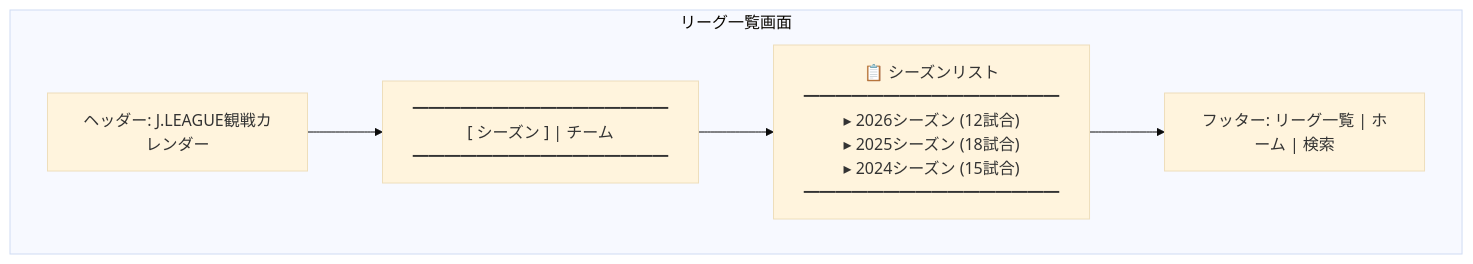
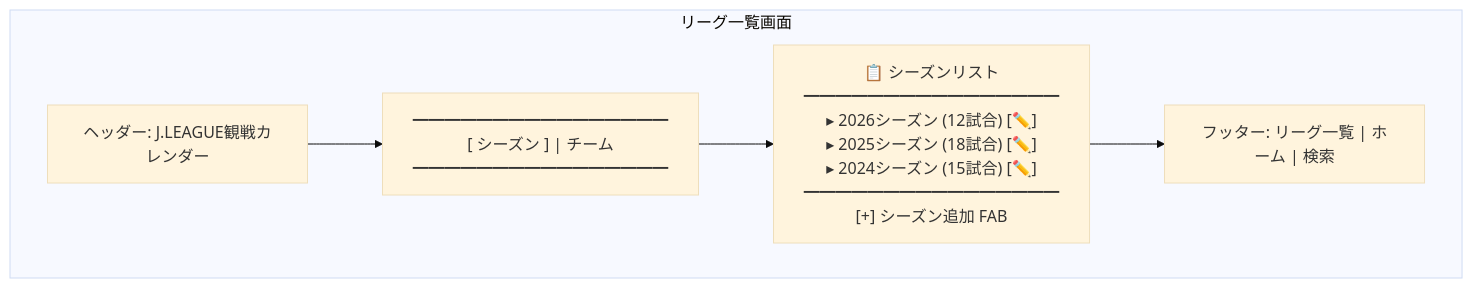
Before and after one commit to sion1073/jleague_watching_calendar: the fourth of 10 diagrams in docs/SCREEN_DESIGN.md, drawn with Mermaid (base theme). The commit also changed other lines of this file and 4 other files, not shown here.

````diff
--- a/docs/SCREEN_DESIGN.md
+++ b/docs/SCREEN_DESIGN.md
@@ -100,16 +121,16 @@
 ```mermaid
 graph TB
     subgraph "リーグ一覧画面"
         Header2["ヘッダー: J.LEAGUE観戦カレンダー"]
 
         TabSeason["━━━━━━━━━━━━━━━━<br/>[ シーズン ] | チーム<br/>━━━━━━━━━━━━━━━━"]
 
-        SeasonList["📋 シーズンリスト<br/>━━━━━━━━━━━━━━━━<br/>▸ 2026シーズン (12試合)<br/>▸ 2025シーズン (18試合)<br/>▸ 2024シーズン (15試合)<br/>━━━━━━━━━━━━━━━━"]
+        SeasonList["📋 シーズンリスト<br/>━━━━━━━━━━━━━━━━<br/>▸ 2026シーズン (12試合) [✏️]<br/>▸ 2025シーズン (18試合) [✏️]<br/>▸ 2024シーズン (15試合) [✏️]<br/>━━━━━━━━━━━━━━━━<br/>[+] シーズン追加 FAB"]
 
         Footer2["フッター: リーグ一覧 | ホーム | 検索"]
     end
 
     Header2 --> TabSeason
     TabSeason --> SeasonList
     SeasonList --> Footer2
 ```
````
